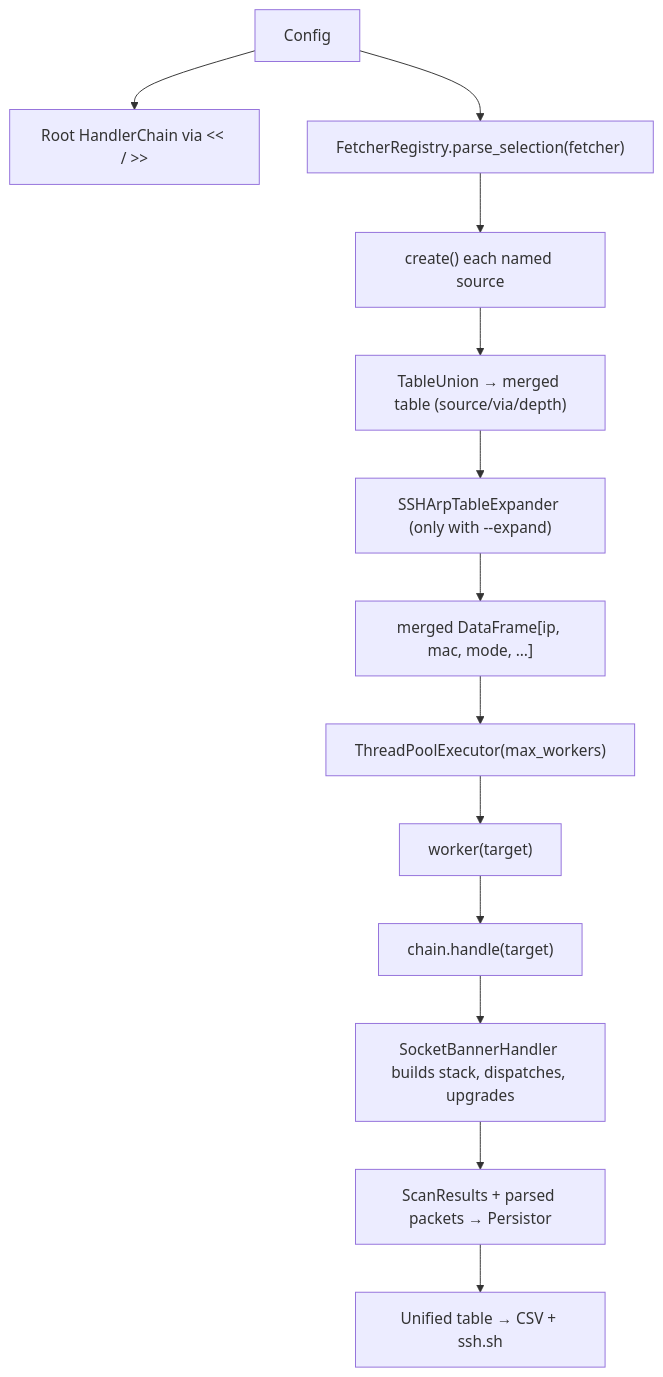
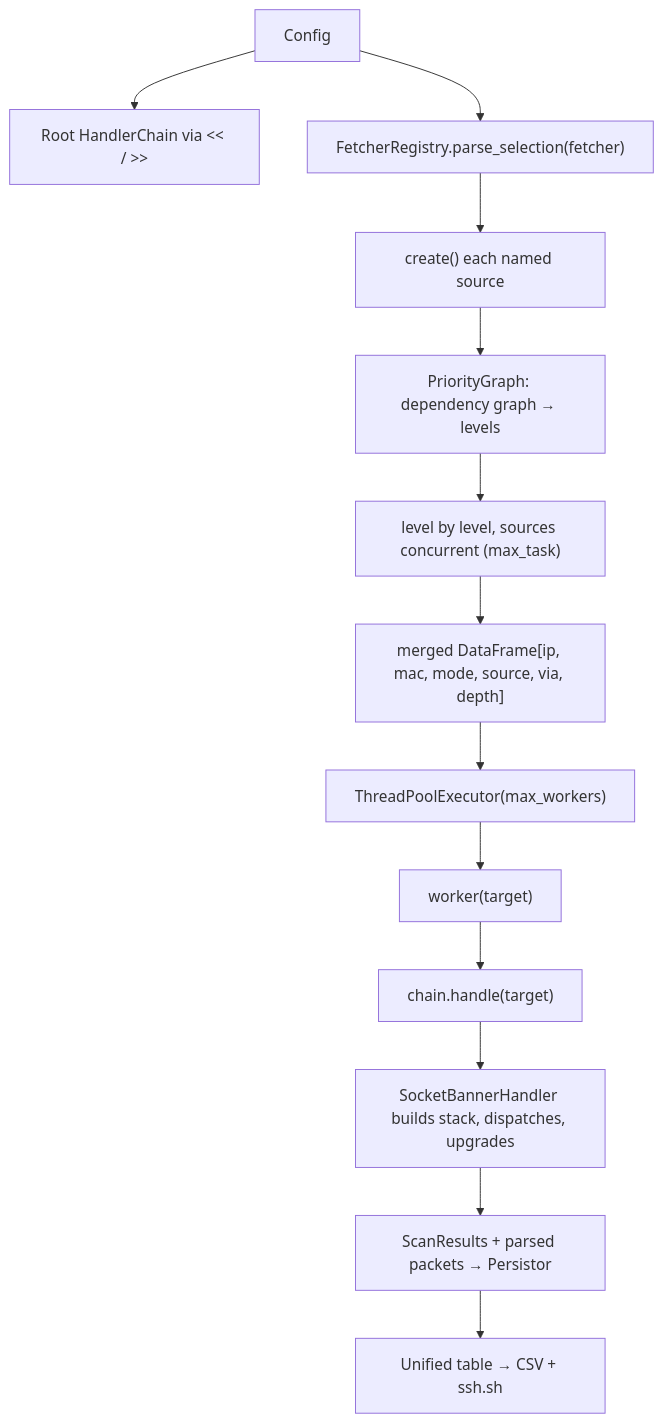
The eighth of 9 diagrams in design.md (fufurobot/my-lan-prober), drawn with Mermaid before and after one commit. The commit also changed other lines of this file and 1 other file, not shown here.

````diff
--- a/design.md
+++ b/design.md
@@ -885,15 +959,15 @@
 ```mermaid
 flowchart TD
     A[Config] --> B["Root HandlerChain via << / >>"]
     A --> C["FetcherRegistry.parse_selection(fetcher)"]
     C --> C2["create() each named source"]
-    C2 --> C3["TableUnion → merged table (source/via/depth)"]
-    C3 --> C4["SSHArpTableExpander (only with --expand)"]
-    C4 --> D["merged DataFrame[ip, mac, mode, …]"]
+    C2 --> C3["PriorityGraph: dependency graph → levels"]
+    C3 --> C4["level by level, sources concurrent (max_task)"]
+    C4 --> D["merged DataFrame[ip, mac, mode, source, via, depth]"]
     D --> E["ThreadPoolExecutor(max_workers)"]
     E --> F["worker(target)"]
     F --> G["chain.handle(target)"]
     G --> H["SocketBannerHandler builds stack, dispatches, upgrades"]
     H --> I["ScanResults + parsed packets → Persistor"]
     I --> K[Unified table → CSV + ssh.sh]
 ```
````
